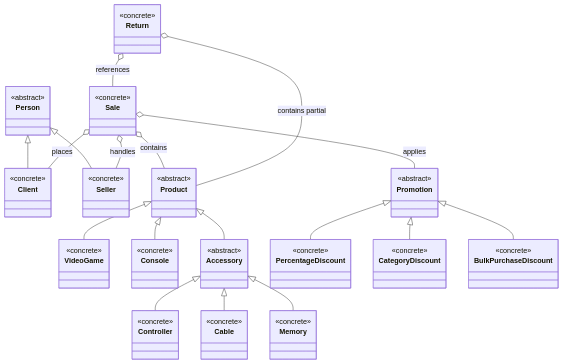
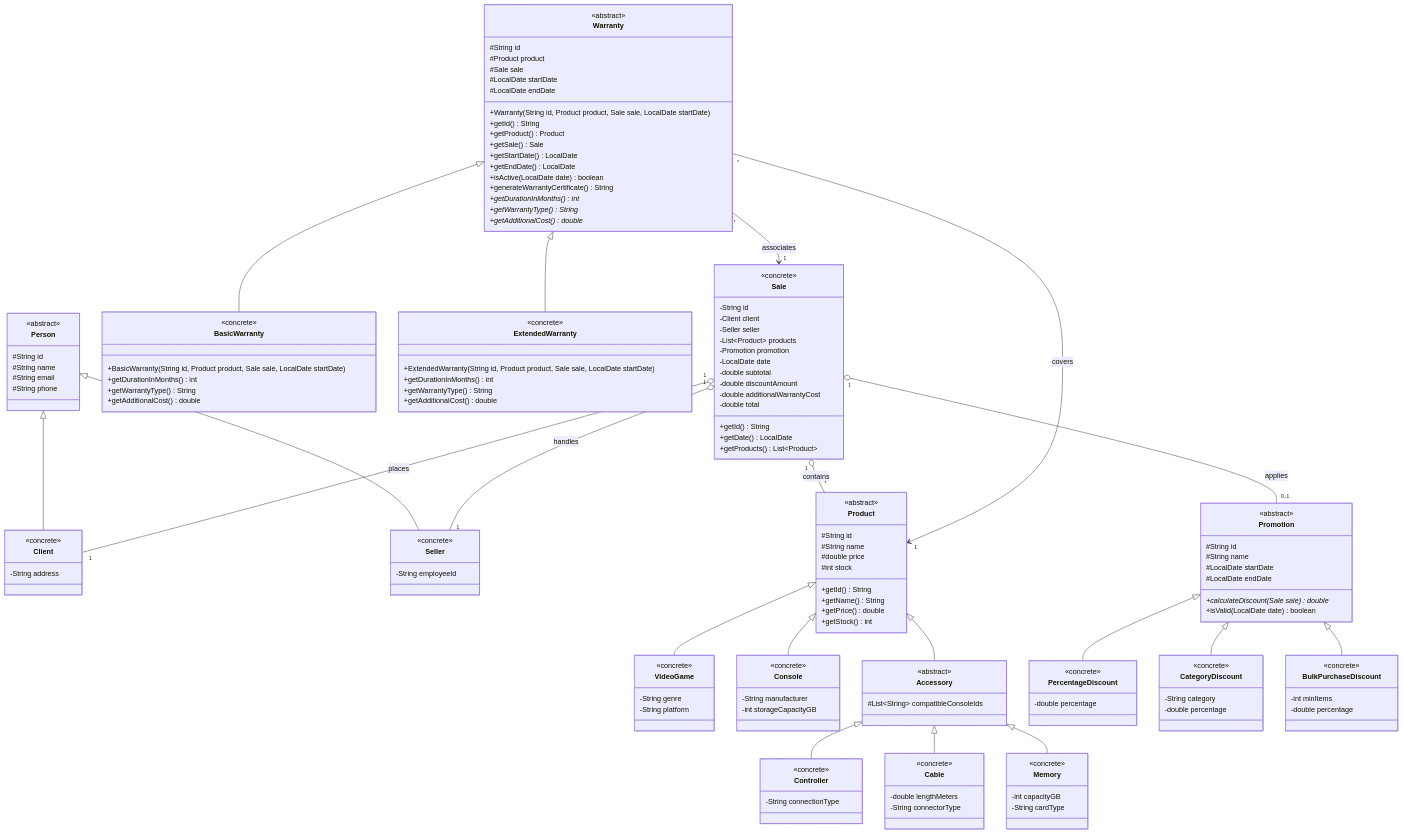
One commit to miltonmaldonado333/GameZoneUnicesar changed the diagram in docs/hierarchy-diagram.md. Above: the diagram before and after it, drawn with Mermaid. The commit also changed 1 other file, not shown here.

Commit message:
refactor: updating herarchy diagram and readme doc

````diff
--- a/docs/hierarchy-diagram.md
+++ b/docs/hierarchy-diagram.md
@@ -1,73 +1,152 @@
 ```mermaid
 classDiagram
     direction TB
-direction TB
 
     %% ==========================================
     %% 1. PERSON HIERARCHY
     %% ==========================================
     class Person {
         <<abstract>>
+        #String id
+        #String name
+        #String email
+        #String phone
     }
     class Client {
         <<concrete>>
+        -String address
     }
     class Seller {
         <<concrete>>
+        -String employeeId
     }
 
     %% ==========================================
-    %% 2. PRODUCT & ACCESSORY HIERARCHY (Req 1)
     %% 2. PRODUCT & ACCESSORY HIERARCHY
     %% ==========================================
     class Product {
         <<abstract>>
+        #String id
+        #String name
+        #double price
+        #int stock
+        +getId() String
+        +getName() String
+        +getPrice() double
+        +getStock() int
     }
     class VideoGame {
         <<concrete>>
+        -String genre
+        -String platform
     }
     class Console {
         <<concrete>>
+        -String manufacturer
+        -int storageCapacityGB
     }
 
     class Accessory {
         <<abstract>>
+        #List~String~ compatibleConsoleIds
     }
     class Controller {
         <<concrete>>
+        -String connectionType
     }
     class Cable {
         <<concrete>>
+        -double lengthMeters
+        -String connectorType
     }
     class Memory {
         <<concrete>>
+        -int capacityGB
+        -String cardType
     }
 
     %% ==========================================
-    %% 3. PROMOTION HIERARCHY (Req 2)
-    %% 3. PROMOTION HIERARCHY (Requirement 2)
+    %% 3. PROMOTION HIERARCHY
     %% ==========================================
     class Promotion {
         <<abstract>>
+        #String id
+        #String name
+        #LocalDate startDate
+        #LocalDate endDate
+        +calculateDiscount(Sale sale)* double
+        +isValid(LocalDate date) boolean
     }
     class PercentageDiscount {
         <<concrete>>
+        -double percentage
     }
     class CategoryDiscount {
         <<concrete>>
+        -String category
+        -double percentage
     }
     class BulkPurchaseDiscount {
         <<concrete>>
+        -int minItems
+        -double percentage
     }
 
     %% ==========================================
-    %% 4. TRANSACTION & RETURN MODULE (Req 3)
+    %% 4. WARRANTY HIERARCHY
+    %% ==========================================
+    class Warranty {
+        <<abstract>>
+        #String id
+        #Product product
+        #Sale sale
+        #LocalDate startDate
+        #LocalDate endDate
+        +Warranty(String id, Product product, Sale sale, LocalDate startDate)
+        +getId() String
+        +getProduct() Product
+        +getSale() Sale
+        +getStartDate() LocalDate
+        +getEndDate() LocalDate
+        +isActive(LocalDate date) boolean
+        +generateWarrantyCertificate() String
+        +getDurationInMonths()* int
+        +getWarrantyType()* String
+        +getAdditionalCost()* double
+    }
+    class BasicWarranty {
+        <<concrete>>
+        +BasicWarranty(String id, Product product, Sale sale, LocalDate startDate)
+        +getDurationInMonths() int
+        +getWarrantyType() String
+        +getAdditionalCost() double
+    }
+    class ExtendedWarranty {
+        <<concrete>>
+        +ExtendedWarranty(String id, Product product, Sale sale, LocalDate startDate)
+        +getDurationInMonths() int
+        +getWarrantyType() String
+        +getAdditionalCost() double
+    }
+
+    %% ==========================================
+    %% 5. TRANSACTION MODULE
     %% ==========================================
     class Sale {
         <<concrete>>
-    }
-    class Return {
-        <<concrete>>
+        -String id
+        -Client client
+        -Seller seller
+        -List~Product~ products
+        -Promotion promotion
+        -LocalDate date
+        -double subtotal
+        -double discountAmount
+        -double additionalWarrantyCost
+        -double total
+        +getId() String
+        +getDate() LocalDate
+        +getProducts() List~Product~
     }
 
     %% ==========================================
@@ -93,17 +172,21 @@
     Promotion <|-- CategoryDiscount
     Promotion <|-- BulkPurchaseDiscount
 
+    %% Warranty Branch
+    Warranty <|-- BasicWarranty
+    Warranty <|-- ExtendedWarranty
+
     %% ==========================================
     %% ASSOCIATION & AGGREGATION RELATIONSHIPS
     %% ==========================================
 
     %% Sale Connections
-    Sale o-- Client : places
-    Sale o-- Seller : handles
-    Sale o-- Product : contains
-    Sale o-- Promotion : applies
+    Sale "1" o-- "1" Client : places
+    Sale "1" o-- "1" Seller : handles
+    Sale "1" o-- "*" Product : contains
+    Sale "1" o-- "0..1" Promotion : applies
 
-    %% Return Connections
-    Return o-- Sale : references
-    Return o-- Product : contains partial
+    %% Warranty Connections
+    Warranty "*" --> "1" Product : covers
+    Warranty "*" --> "1" Sale : associates
 ```
````
